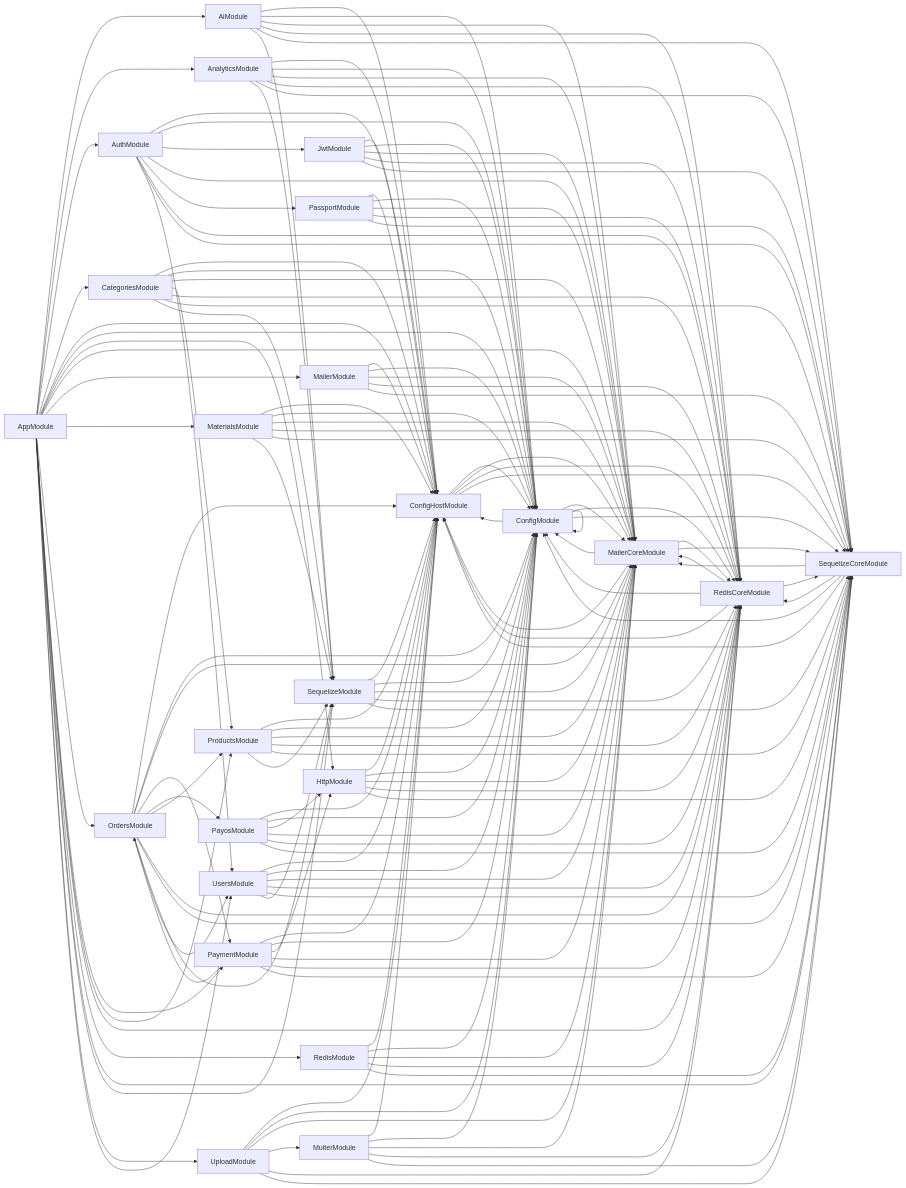
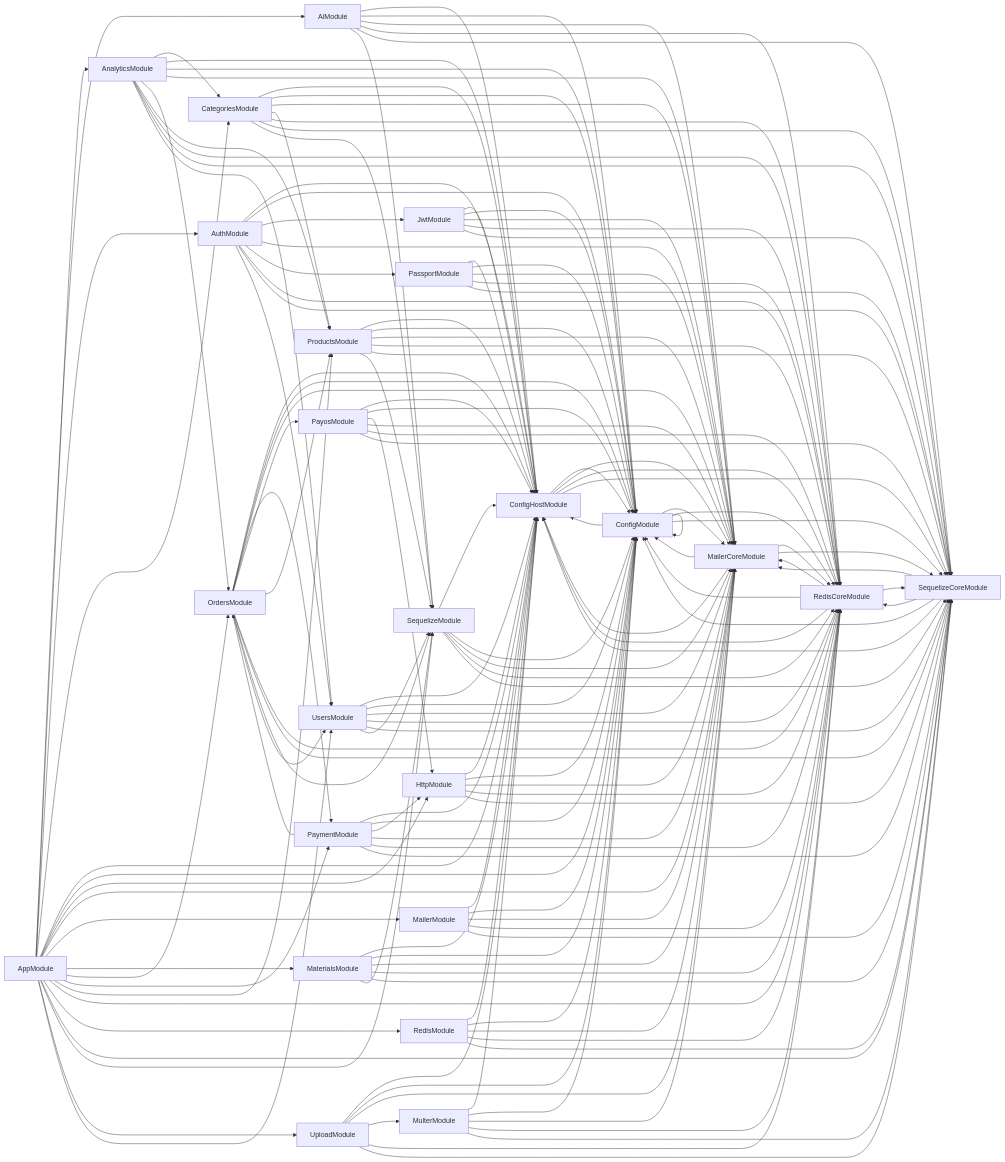
Before and after one commit to csc13001-kafi/csc13001-kafi-server: the diagram in deps.mermaid, drawn with Mermaid. The commit also changed 6 other files, not shown here.

Commit message:
refactor: add count function for repositories and integrate to analytics module

```diff
--- a/deps.mermaid
+++ b/deps.mermaid
@@ -1,150 +1,153 @@
 graph LR
     AiModule-->ConfigHostModule
   AiModule-->ConfigModule
   AiModule-->MailerCoreModule
   AiModule-->RedisCoreModule
   AiModule-->SequelizeCoreModule
   AiModule-->SequelizeModule
+  AnalyticsModule-->CategoriesModule
   AnalyticsModule-->ConfigHostModule
   AnalyticsModule-->ConfigModule
   AnalyticsModule-->MailerCoreModule
+  AnalyticsModule-->OrdersModule
+  AnalyticsModule-->ProductsModule
   AnalyticsModule-->RedisCoreModule
   AnalyticsModule-->SequelizeCoreModule
-  AnalyticsModule-->SequelizeModule
+  AnalyticsModule-->UsersModule
   AppModule-->AiModule
   AppModule-->AnalyticsModule
   AppModule-->AuthModule
   AppModule-->CategoriesModule
   AppModule-->ConfigHostModule
   AppModule-->ConfigModule
   AppModule-->HttpModule
   AppModule-->MailerCoreModule
   AppModule-->MailerModule
   AppModule-->MaterialsModule
   AppModule-->OrdersModule
   AppModule-->PaymentModule
   AppModule-->ProductsModule
   AppModule-->RedisCoreModule
   AppModule-->RedisModule
   AppModule-->SequelizeCoreModule
   AppModule-->SequelizeModule
   AppModule-->UploadModule
   AppModule-->UsersModule
   AuthModule-->ConfigHostModule
   AuthModule-->ConfigModule
   AuthModule-->JwtModule
   AuthModule-->MailerCoreModule
   AuthModule-->PassportModule
   AuthModule-->RedisCoreModule
   AuthModule-->SequelizeCoreModule
   AuthModule-->UsersModule
   CategoriesModule-->ConfigHostModule
   CategoriesModule-->ConfigModule
   CategoriesModule-->MailerCoreModule
   CategoriesModule-->ProductsModule
   CategoriesModule-->RedisCoreModule
   CategoriesModule-->SequelizeCoreModule
   CategoriesModule-->SequelizeModule
   ConfigHostModule-->ConfigModule
   ConfigHostModule-->MailerCoreModule
   ConfigHostModule-->RedisCoreModule
   ConfigHostModule-->SequelizeCoreModule
   ConfigModule-->ConfigHostModule
   ConfigModule-->ConfigModule
   ConfigModule-->MailerCoreModule
   ConfigModule-->RedisCoreModule
   ConfigModule-->SequelizeCoreModule
   HttpModule-->ConfigHostModule
   HttpModule-->ConfigModule
   HttpModule-->MailerCoreModule
   HttpModule-->RedisCoreModule
   HttpModule-->SequelizeCoreModule
   JwtModule-->ConfigHostModule
   JwtModule-->ConfigModule
   JwtModule-->MailerCoreModule
   JwtModule-->RedisCoreModule
   JwtModule-->SequelizeCoreModule
   MailerCoreModule-->ConfigHostModule
   MailerCoreModule-->ConfigModule
   MailerCoreModule-->RedisCoreModule
   MailerCoreModule-->SequelizeCoreModule
   MailerModule-->ConfigHostModule
   MailerModule-->ConfigModule
   MailerModule-->MailerCoreModule
   MailerModule-->RedisCoreModule
   MailerModule-->SequelizeCoreModule
   MaterialsModule-->ConfigHostModule
   MaterialsModule-->ConfigModule
   MaterialsModule-->MailerCoreModule
   MaterialsModule-->RedisCoreModule
   MaterialsModule-->SequelizeCoreModule
   MaterialsModule-->SequelizeModule
   MulterModule-->ConfigHostModule
   MulterModule-->ConfigModule
   MulterModule-->MailerCoreModule
   MulterModule-->RedisCoreModule
   MulterModule-->SequelizeCoreModule
   OrdersModule-->ConfigHostModule
   OrdersModule-->ConfigModule
   OrdersModule-->MailerCoreModule
   OrdersModule-->PaymentModule
   OrdersModule-->PayosModule
   OrdersModule-->ProductsModule
   OrdersModule-->RedisCoreModule
   OrdersModule-->SequelizeCoreModule
   OrdersModule-->SequelizeModule
   OrdersModule-->UsersModule
   PassportModule-->ConfigHostModule
   PassportModule-->ConfigModule
   PassportModule-->MailerCoreModule
   PassportModule-->RedisCoreModule
   PassportModule-->SequelizeCoreModule
   PaymentModule-->ConfigHostModule
   PaymentModule-->ConfigModule
   PaymentModule-->HttpModule
   PaymentModule-->MailerCoreModule
   PaymentModule-->OrdersModule
   PaymentModule-->RedisCoreModule
   PaymentModule-->SequelizeCoreModule
   PayosModule-->ConfigHostModule
   PayosModule-->ConfigModule
   PayosModule-->HttpModule
   PayosModule-->MailerCoreModule
   PayosModule-->RedisCoreModule
   PayosModule-->SequelizeCoreModule
   ProductsModule-->ConfigHostModule
   ProductsModule-->ConfigModule
   ProductsModule-->MailerCoreModule
   ProductsModule-->RedisCoreModule
   ProductsModule-->SequelizeCoreModule
   ProductsModule-->SequelizeModule
   RedisCoreModule-->ConfigHostModule
   RedisCoreModule-->ConfigModule
   RedisCoreModule-->MailerCoreModule
   RedisCoreModule-->SequelizeCoreModule
   RedisModule-->ConfigHostModule
   RedisModule-->ConfigModule
   RedisModule-->MailerCoreModule
   RedisModule-->RedisCoreModule
   RedisModule-->SequelizeCoreModule
   SequelizeCoreModule-->ConfigHostModule
   SequelizeCoreModule-->ConfigModule
   SequelizeCoreModule-->MailerCoreModule
   SequelizeCoreModule-->RedisCoreModule
   SequelizeModule-->ConfigHostModule
   SequelizeModule-->ConfigModule
   SequelizeModule-->MailerCoreModule
   SequelizeModule-->RedisCoreModule
   SequelizeModule-->SequelizeCoreModule
   UploadModule-->ConfigHostModule
   UploadModule-->ConfigModule
   UploadModule-->MailerCoreModule
   UploadModule-->MulterModule
   UploadModule-->RedisCoreModule
   UploadModule-->SequelizeCoreModule
   UsersModule-->ConfigHostModule
   UsersModule-->ConfigModule
   UsersModule-->MailerCoreModule
   UsersModule-->RedisCoreModule
   UsersModule-->SequelizeCoreModule
   UsersModule-->SequelizeModule
```
